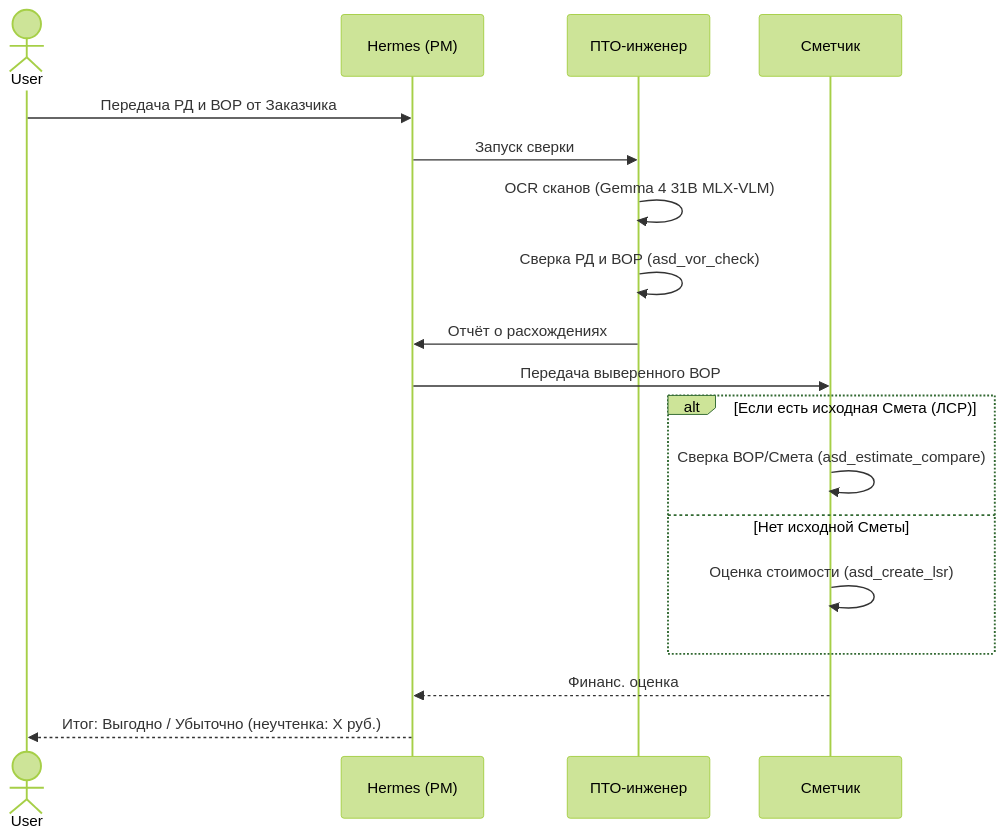
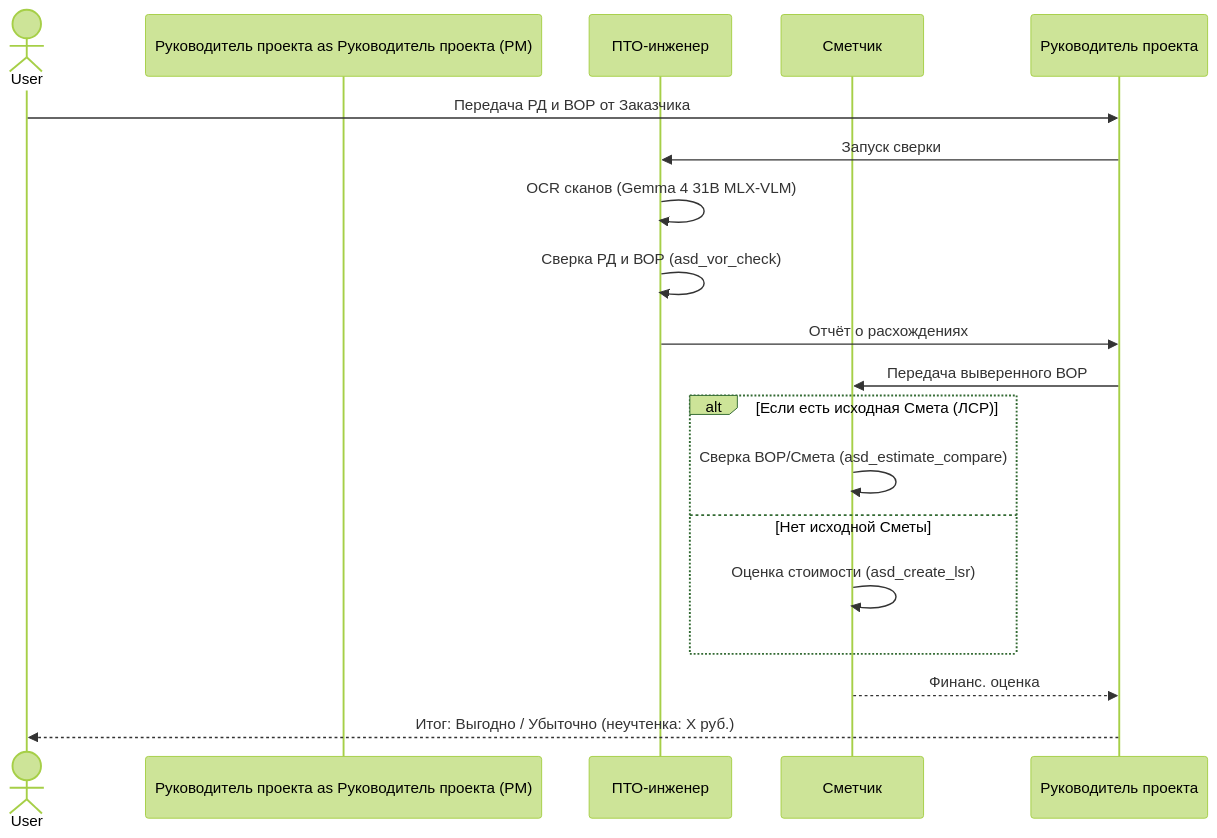
One commit to yamazaki1711/mac_asd changed the third of 6 diagrams in docs/BUILDING_LIFECYCLE_WORKFLOW.md. Above: the diagram before and after it, drawn with Mermaid (forest theme). The commit also changed other lines of this file and 56 other files, not shown here.

````diff
--- a/docs/BUILDING_LIFECYCLE_WORKFLOW.md
+++ b/docs/BUILDING_LIFECYCLE_WORKFLOW.md
@@ -89,21 +89,21 @@
 ```mermaid
 sequenceDiagram
     actor User
-    participant Hermes as Hermes (PM)
+    participant Руководитель проекта as Руководитель проекта (PM)
     participant PTO as ПТО-инженер
     participant Smeta as Сметчик
 
-    User->>Hermes: Передача РД и ВОР от Заказчика
-    Hermes->>PTO: Запуск сверки
+    User->>Руководитель проекта: Передача РД и ВОР от Заказчика
+    Руководитель проекта->>PTO: Запуск сверки
     PTO->>PTO: OCR сканов (Gemma 4 31B MLX-VLM)
     PTO->>PTO: Сверка РД и ВОР (asd_vor_check)
-    PTO->>Hermes: Отчёт о расхождениях
-    Hermes->>Smeta: Передача выверенного ВОР
+    PTO->>Руководитель проекта: Отчёт о расхождениях
+    Руководитель проекта->>Smeta: Передача выверенного ВОР
     alt Если есть исходная Смета (ЛСР)
         Smeta->>Smeta: Сверка ВОР/Смета (asd_estimate_compare)
     else Нет исходной Сметы
         Smeta->>Smeta: Оценка стоимости (asd_create_lsr)
     end
-    Smeta-->>Hermes: Финанс. оценка
-    Hermes-->>User: Итог: Выгодно / Убыточно (неучтенка: X руб.)
+    Smeta-->>Руководитель проекта: Финанс. оценка
+    Руководитель проекта-->>User: Итог: Выгодно / Убыточно (неучтенка: X руб.)
 ```
````
